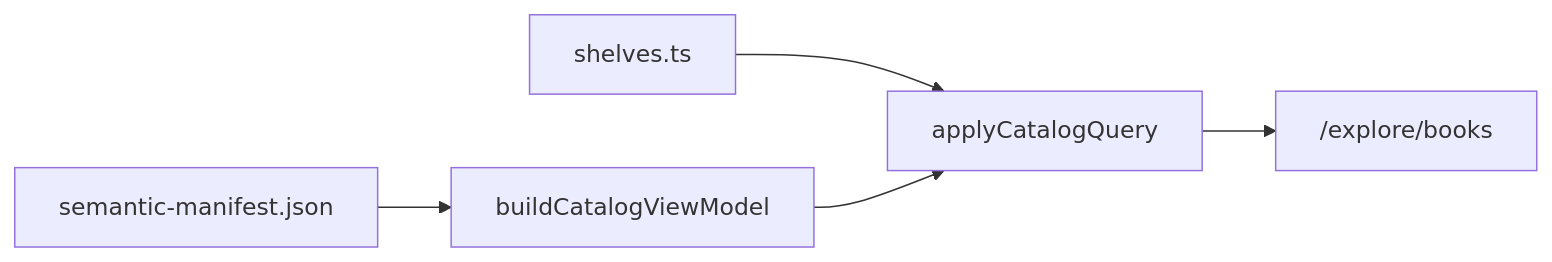
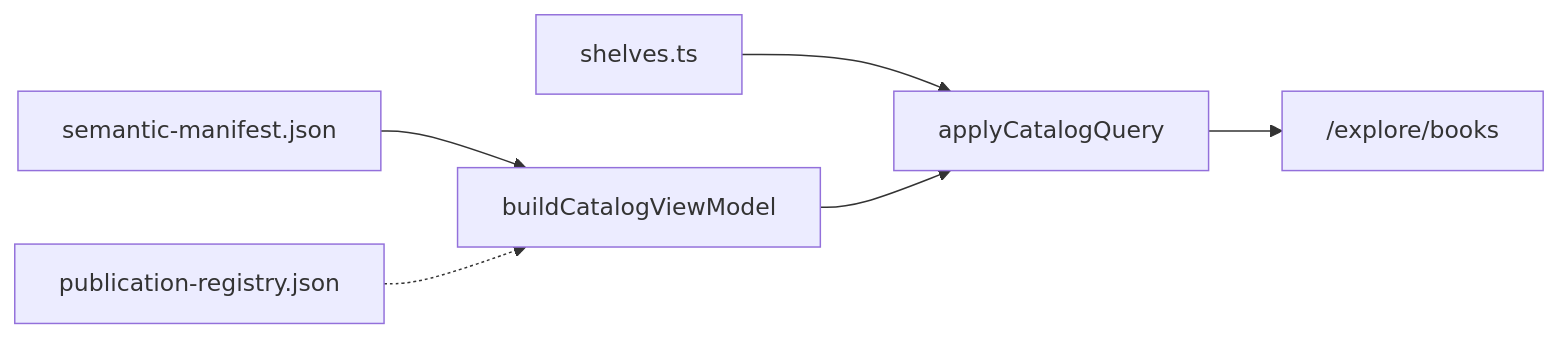
One commit to After-Certainty/after-certainty changed the diagram in apps/site/docs/contributing-books-catalog.md. Above: the diagram before and after it, drawn with Mermaid. The commit also changed other lines of this file and 87 other files, not shown here.

````diff
--- a/apps/site/docs/contributing-books-catalog.md
+++ b/apps/site/docs/contributing-books-catalog.md
@@ -7,7 +7,8 @@
 ```mermaid
 flowchart LR
   SM[semantic-manifest.json] --> VM[buildCatalogViewModel]
+  PR[publication-registry.json] -.-> VM
   SH[shelves.ts] --> QY[applyCatalogQuery]
   VM --> QY
   QY --> Page["/explore/books"]
 ```
````
